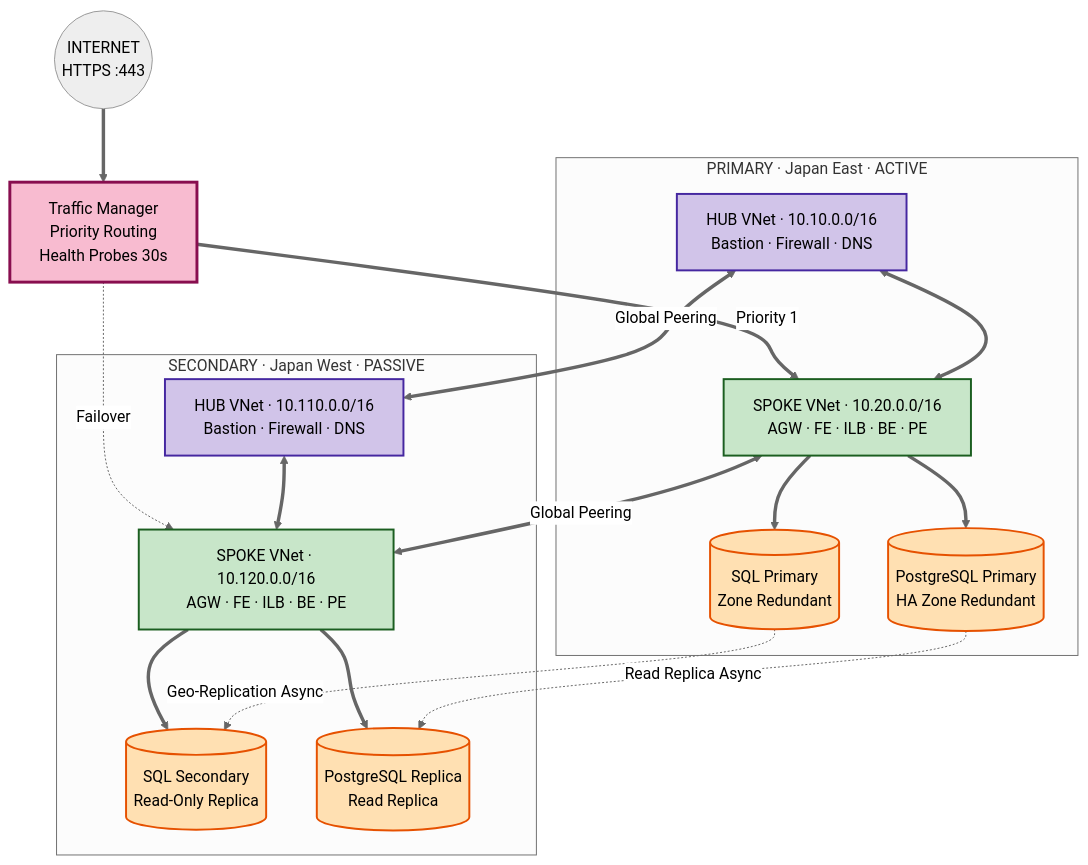
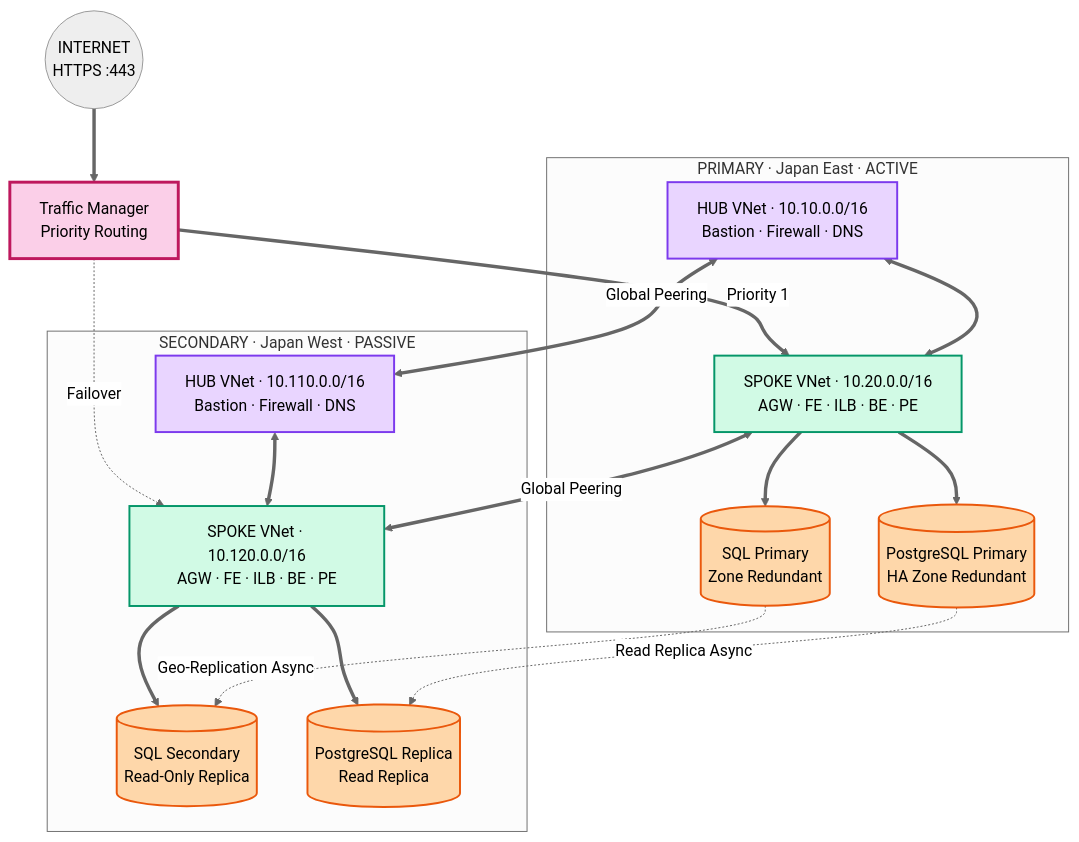
The fourth of 5 diagrams in README.md (tripathicle/Workload-Landing-Zone), drawn with Mermaid (neutral theme) before and after one commit. The commit also changed other lines of this file, not shown here.

````diff
--- a/README.md
+++ b/README.md
@@ -864,43 +1017,43 @@
 ```mermaid
 flowchart TB
   Internet(("INTERNET<br/>HTTPS :443"))
-  TM["Traffic Manager<br/>Priority Routing<br/>Health Probes 30s"]
+  TM["Traffic Manager<br/>Priority Routing"]
 
   subgraph PRIMARY["PRIMARY · Japan East · ACTIVE"]
     HUB_E["HUB VNet · 10.10.0.0/16<br/>Bastion · Firewall · DNS"]
     SPOKE_E["SPOKE VNet · 10.20.0.0/16<br/>AGW · FE · ILB · BE · PE"]
     SQL_E[("SQL Primary<br/>Zone Redundant")]
     PG_E[("PostgreSQL Primary<br/>HA Zone Redundant")]
   end
 
   subgraph SECONDARY["SECONDARY · Japan West · PASSIVE"]
     HUB_W["HUB VNet · 10.110.0.0/16<br/>Bastion · Firewall · DNS"]
     SPOKE_W["SPOKE VNet · 10.120.0.0/16<br/>AGW · FE · ILB · BE · PE"]
     SQL_W[("SQL Secondary<br/>Read-Only Replica")]
     PG_W[("PostgreSQL Replica<br/>Read Replica")]
   end
 
   Internet ==> TM
   TM ==>|"Priority 1"| SPOKE_E
   TM -.->|"Failover"| SPOKE_W
   SPOKE_E ==> SQL_E
   SPOKE_E ==> PG_E
   SPOKE_W ==> SQL_W
   SPOKE_W ==> PG_W
   HUB_E <==> SPOKE_E
   HUB_W <==> SPOKE_W
   SPOKE_E <==>|"Global Peering"| SPOKE_W
   HUB_E <==>|"Global Peering"| HUB_W
   SQL_E -.->|"Geo-Replication Async"| SQL_W
   PG_E -.->|"Read Replica Async"| PG_W
 
-  classDef tmStyle fill:#f8bbd0,stroke:#880e4f,stroke-width:3px
-  classDef hubStyle fill:#d1c4e9,stroke:#4527a0,stroke-width:2px
-  classDef spokeStyle fill:#c8e6c9,stroke:#1b5e20,stroke-width:2px
-  classDef dataStyle fill:#ffe0b2,stroke:#e65100,stroke-width:2px
+  classDef tmStyle fill:#fbcfe8,stroke:#be185d,stroke-width:3px
+  classDef hubStyle fill:#e9d5ff,stroke:#7c3aed,stroke-width:2px
+  classDef spokeStyle fill:#d1fae5,stroke:#059669,stroke-width:2px
+  classDef dataStyle fill:#fed7aa,stroke:#ea580c,stroke-width:2px
 
   class TM tmStyle
   class HUB_E,HUB_W hubStyle
   class SPOKE_E,SPOKE_W spokeStyle
   class SQL_E,SQL_W,PG_E,PG_W dataStyle
 ```
````
